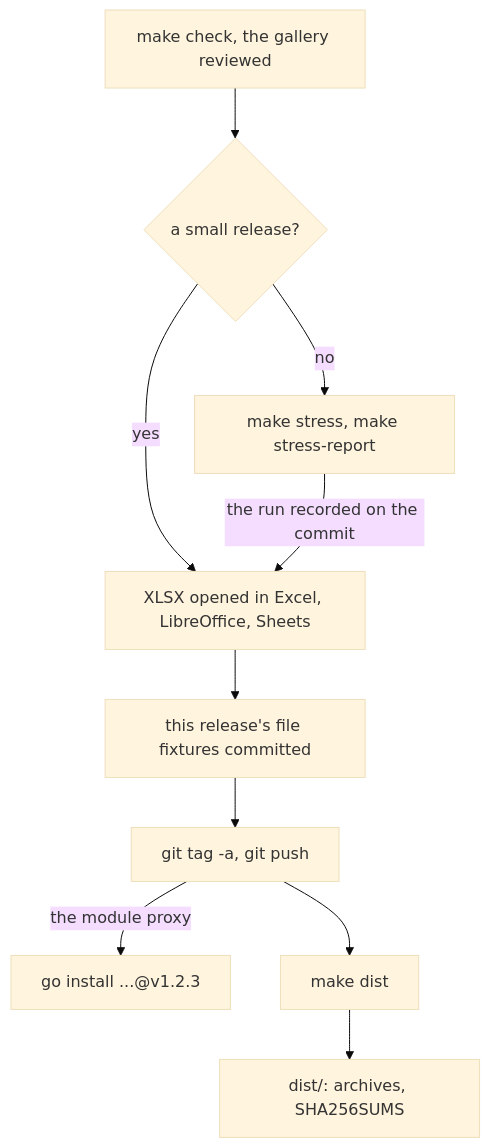
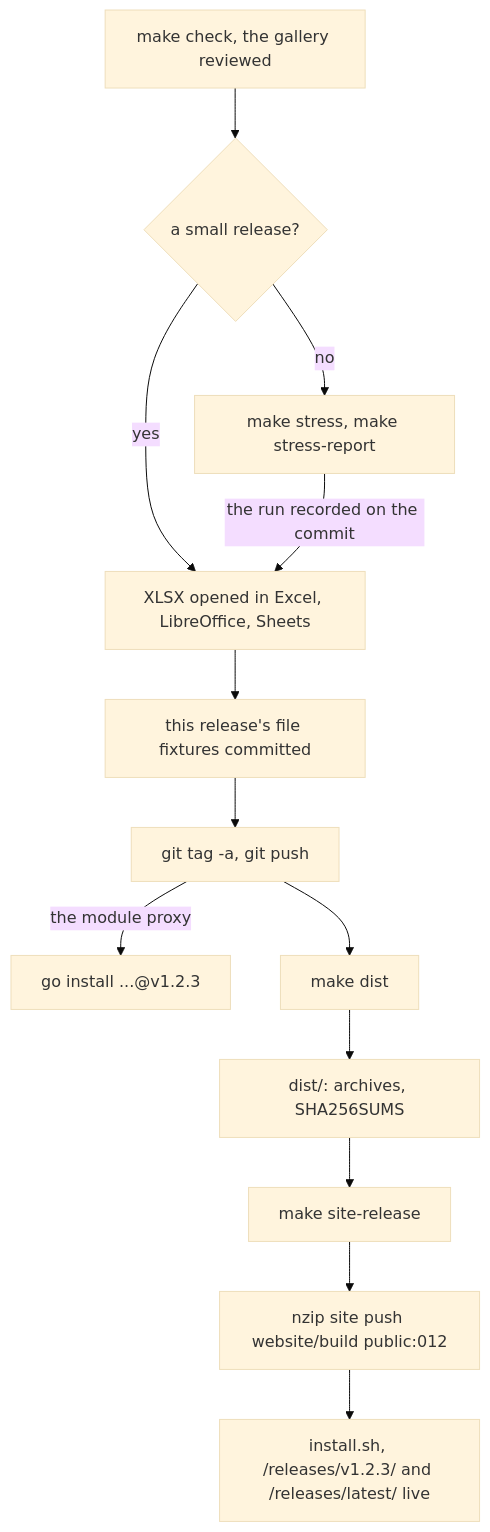
One commit to FelineStateMachine/012 changed the diagram in docs/contributing/releasing.md. Above: the diagram before and after it, drawn with Mermaid (base theme). The commit also changed other lines of this file and 4 other files, not shown here.

Commit message:
Docs: installing with the install script, publishing a release with the site

````diff
--- a/docs/contributing/releasing.md
+++ b/docs/contributing/releasing.md
@@ -18,12 +19,15 @@
 ```mermaid
 flowchart TD
   check[make check, the gallery reviewed] --> small{a small release?}
   small -->|no| stress[make stress, make stress-report]
   small -->|yes| xlsx
   stress -->|the run recorded on the commit| xlsx[XLSX opened in Excel, LibreOffice, Sheets]
   xlsx --> fixtures[this release's file fixtures committed]
   fixtures --> tag[git tag -a, git push]
   tag -->|the module proxy| install[go install ...@v1.2.3]
   tag --> dist[make dist]
   dist --> archives[dist/: archives, SHA256SUMS]
+  archives --> site[make site-release]
+  site --> push[nzip site push website/build public:012]
+  push --> live[install.sh, /releases/v1.2.3/ and /releases/latest/ live]
 ```
````
